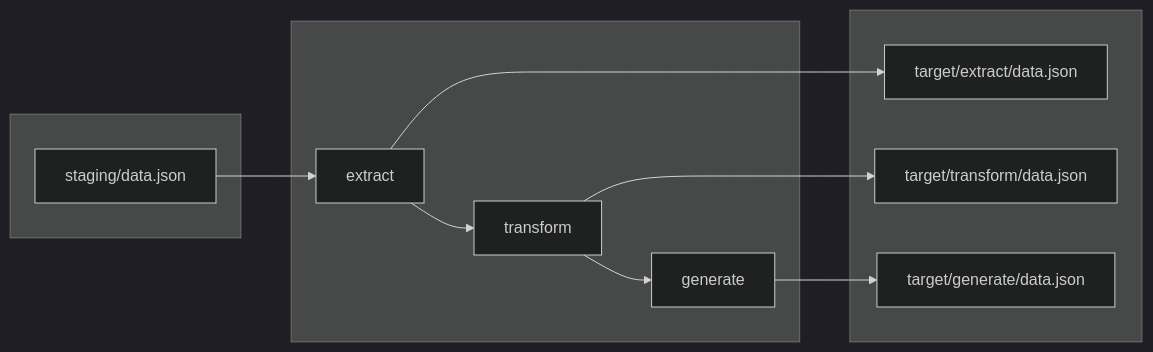
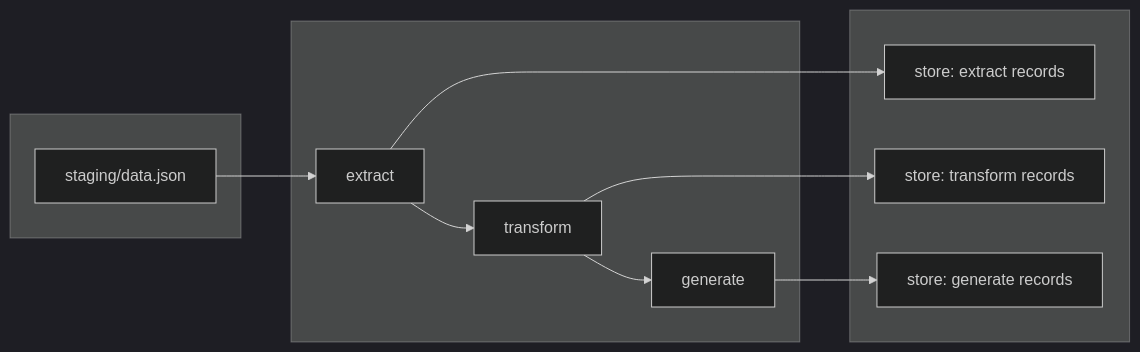
One commit to Muizzkolapo/agent-actions changed the third of 3 diagrams in docs.agent-actions/docs/tutorials/concepts.md. Above: the diagram before and after it, drawn with Mermaid (dark theme). The commit also changed other lines of this file and 62 other files, not shown here.

````diff
--- a/docs.agent-actions/docs/tutorials/concepts.md
+++ b/docs.agent-actions/docs/tutorials/concepts.md
@@ -265,22 +281,22 @@
 ```mermaid
 flowchart LR
     subgraph input[" "]
         ST[staging/data.json]
     end
 
     subgraph workflow[" "]
         A1[extract] --> A2[transform]
         A2 --> A3[generate]
     end
 
     subgraph output[" "]
-        T1[target/extract/data.json]
-        T2[target/transform/data.json]
-        T3[target/generate/data.json]
+        T1[store: extract records]
+        T2[store: transform records]
+        T3[store: generate records]
     end
 
     ST --> A1
     A1 --> T1
     A2 --> T2
     A3 --> T3
 ```
````
